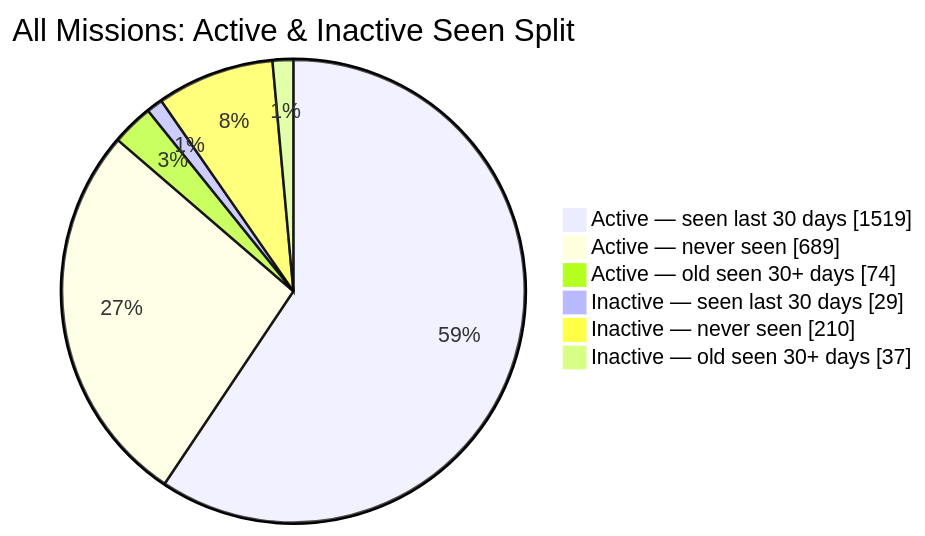
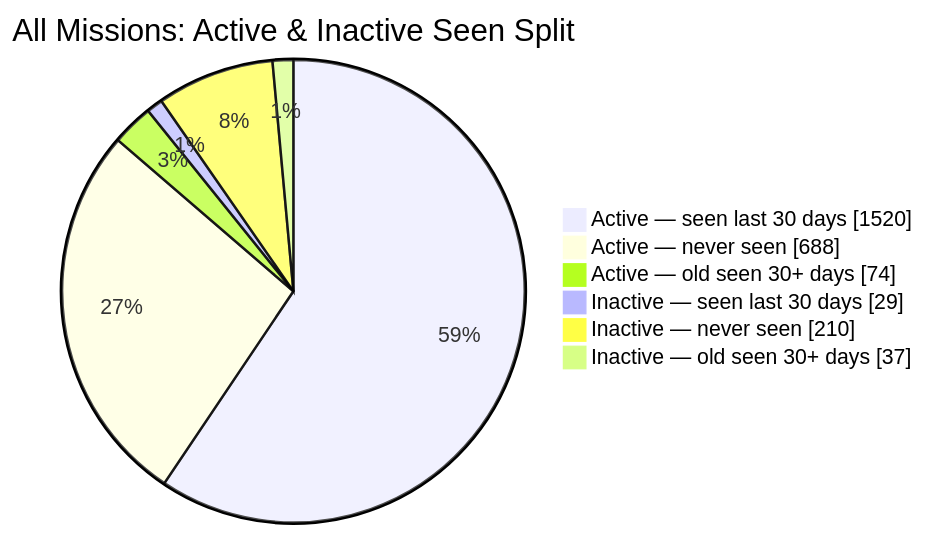
Before and after one commit to MeldkamerspelGameTeam/active-missions: the second of 2 diagrams in README.md, drawn with Mermaid. The commit also changed other lines of this file and 2 other files, not shown here.

````diff
--- a/README.md
+++ b/README.md
@@ -44,10 +44,10 @@
 ```mermaid
 pie showData
     title All Missions: Active & Inactive Seen Split
-    "Active — seen last 30 days" : 1519
-    "Active — never seen" : 689
+    "Active — seen last 30 days" : 1520
+    "Active — never seen" : 688
     "Active — old seen 30+ days" : 74
     "Inactive — seen last 30 days" : 29
     "Inactive — never seen" : 210
     "Inactive — old seen 30+ days" : 37
 ```
````
